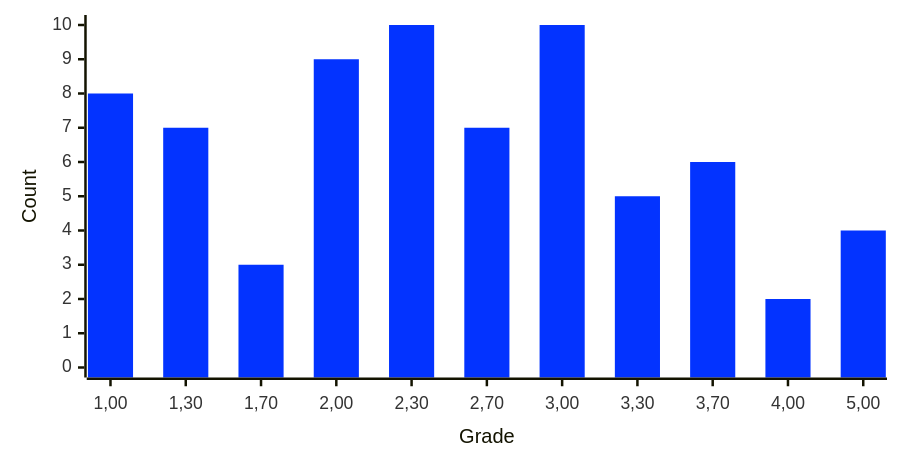
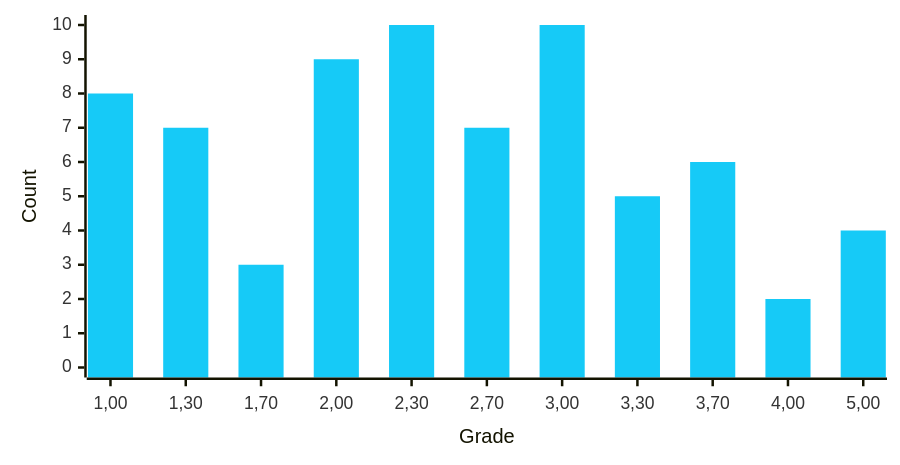
Before and after one commit to awe-hnu/awe-hnu.github.io: the diagram in lectures/IPS/26WT/assignment/index.qmd, drawn with Mermaid. The commit also changed other lines of this file and 767 other files, not shown here.

````diff
--- a/lectures/IPS/26WT/assignment/index.qmd
+++ b/lectures/IPS/26WT/assignment/index.qmd
@@ -172,9 +172,9 @@
 ```{mermaid}
-%%{init: {'theme':'base', 'themeVariables': { 'xyChart': {'backgroundColor': 'transparent', 'titleColor': '#0333ff', 
-'xAxisLabelColor': '#333', 'yAxisLabelColor': '#333', 'plotColorPalette': '#0333ff'}}, 'xyChart': {'width': 700, 
+%%{init: {'theme':'base', 'themeVariables': { 'xyChart': {'backgroundColor': 'transparent', 'titleColor': '#16CAF7', 
+'xAxisLabelColor': '#333', 'yAxisLabelColor': '#333', 'plotColorPalette': '#16CAF7'}}, 'xyChart': {'width': 700, 
 'height': 350}}}%%
 xychart-beta
     x-axis "Grade" ["1,00", "1,30", "1,70", "2,00", "2,30", "2,70", "3,00", "3,30", "3,70", "4,00", "5,00"]
     y-axis "Count" 0 --> 10
     bar [8, 7, 3, 9, 10, 7, 10, 5, 6, 2, 4]
 ```
````
